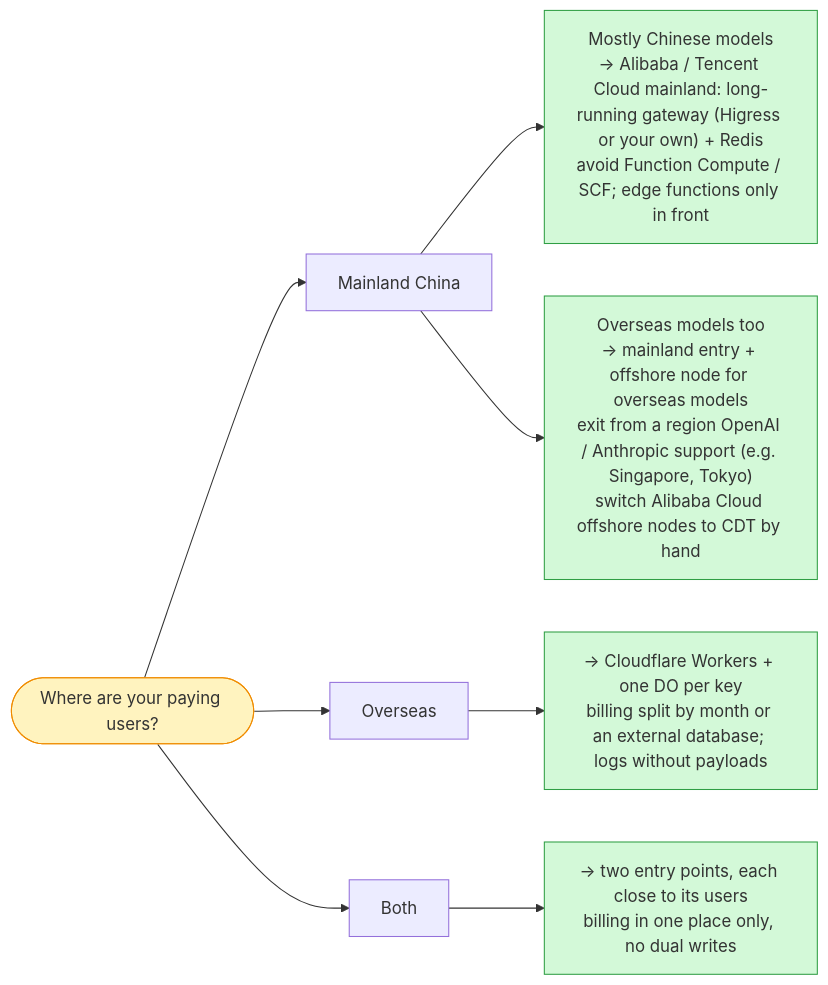
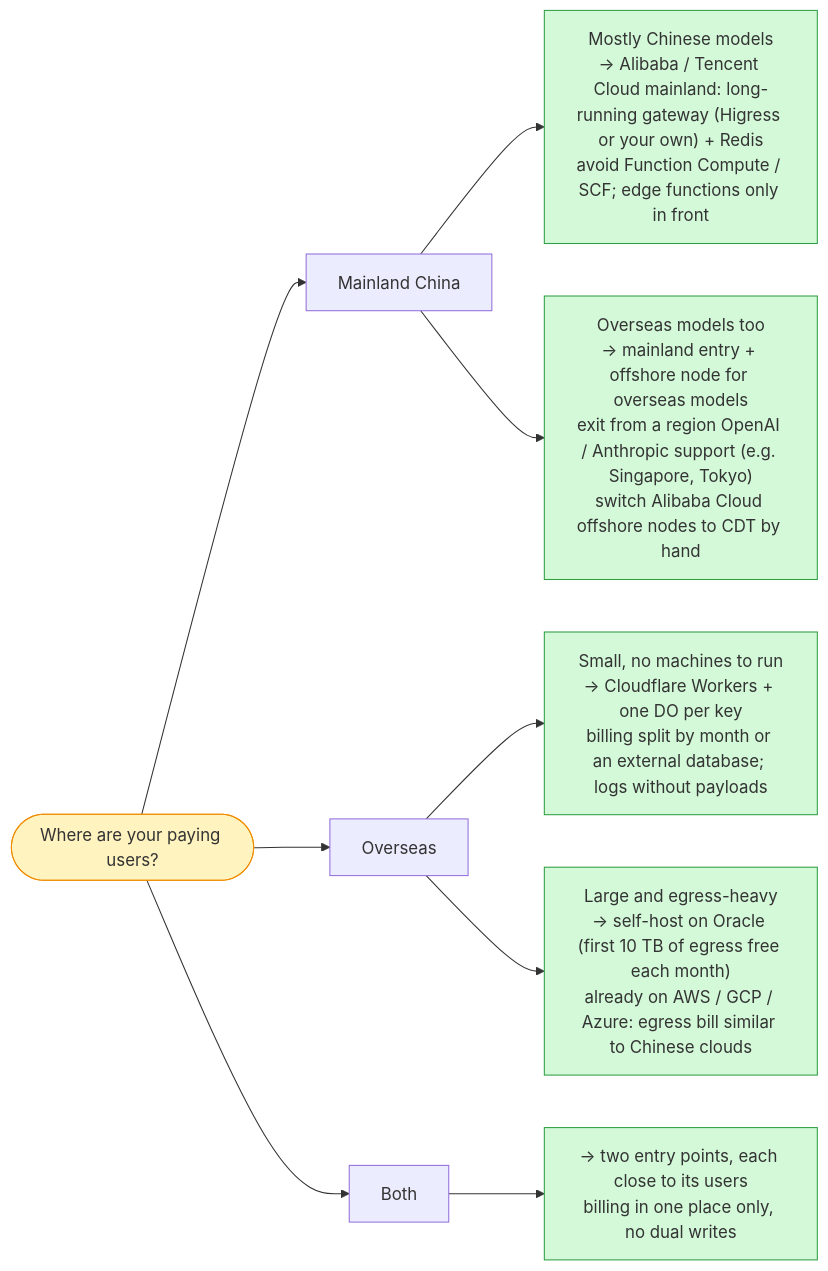
The second of 2 diagrams in src/content/posts/model-gateway-cloudflare-vs-china-cloud/en.md (YouToco/zhuoqidev.com), drawn with Mermaid before and after one commit. The commit also changed other lines of this file and 7 other files, not shown here.

First line of the commit message:
LLM gateway post: add AWS, Google Cloud, Azure and Oracle

````diff
--- a/src/content/posts/model-gateway-cloudflare-vs-china-cloud/en.md
+++ b/src/content/posts/model-gateway-cloudflare-vs-china-cloud/en.md
@@ -375,13 +471,14 @@
 ```mermaid
 flowchart LR
     %% layout: tree
     Q(["Where are your paying users?"])
     Q --> CN["Mainland China"] --> CN1["Mostly Chinese models<br>→ Alibaba / Tencent Cloud mainland: long-running gateway (Higress or your own) + Redis<br>avoid Function Compute / SCF; edge functions only in front"]
     CN --> CN2["Overseas models too<br>→ mainland entry + offshore node for overseas models<br>exit from a region OpenAI / Anthropic support (e.g. Singapore, Tokyo)<br>switch Alibaba Cloud offshore nodes to CDT by hand"]
-    Q --> OS["Overseas"] --> OS1["→ Cloudflare Workers + one DO per key<br>billing split by month or an external database; logs without payloads"]
+    Q --> OS["Overseas"] --> OS1["Small, no machines to run<br>→ Cloudflare Workers + one DO per key<br>billing split by month or an external database; logs without payloads"]
+    OS --> OS2["Large and egress-heavy<br>→ self-host on Oracle (first 10 TB of egress free each month)<br>already on AWS / GCP / Azure: egress bill similar to Chinese clouds"]
     Q --> BOTH["Both"] --> BOTH1["→ two entry points, each close to its users<br>billing in one place only, no dual writes"]
     classDef q fill:#fff3bf,stroke:#f08c00
     classDef pick fill:#d3f9d8,stroke:#2f9e44
     class Q q
-    class CN1,CN2,OS1,BOTH1 pick
+    class CN1,CN2,OS1,OS2,BOTH1 pick
 ```
````
